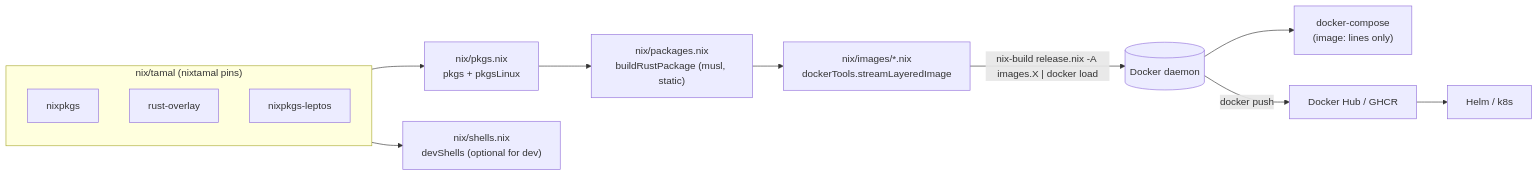
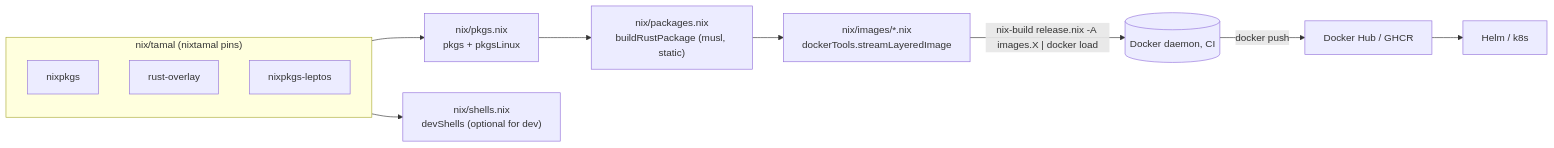
Before and after one commit to security-union/videocall-rs: the first of 2 diagrams in docs/nix-architecture.md, drawn with Mermaid. The commit also changed other lines of this file and 20 other files, not shown here.

First line of the commit message:
purge docker infra: no compose, no make up/down, docker/ is gone

````diff
--- a/docs/nix-architecture.md
+++ b/docs/nix-architecture.md
@@ -62,18 +62,17 @@
 ```mermaid
 flowchart LR
     subgraph inputs["nix/tamal (nixtamal pins)"]
         nixpkgs
         rust-overlay
         nixpkgs-leptos
     end
 
     inputs --> pkgsnix["nix/pkgs.nix\npkgs + pkgsLinux"]
     pkgsnix --> packages["nix/packages.nix\nbuildRustPackage (musl, static)"]
     packages --> images["nix/images/*.nix\ndockerTools.streamLayeredImage"]
-    images -->|"nix-build release.nix -A images.X | docker load"| docker[(Docker daemon)]
-    docker --> compose["docker-compose\n(image: lines only)"]
+    images -->|"nix-build release.nix -A images.X | docker load"| docker[(Docker daemon, CI)]
     docker -->|docker push| hub["Docker Hub / GHCR"]
     hub --> helm["Helm / k8s"]
 
     inputs --> shells["nix/shells.nix\ndevShells (optional for dev)"]
 ```
````
